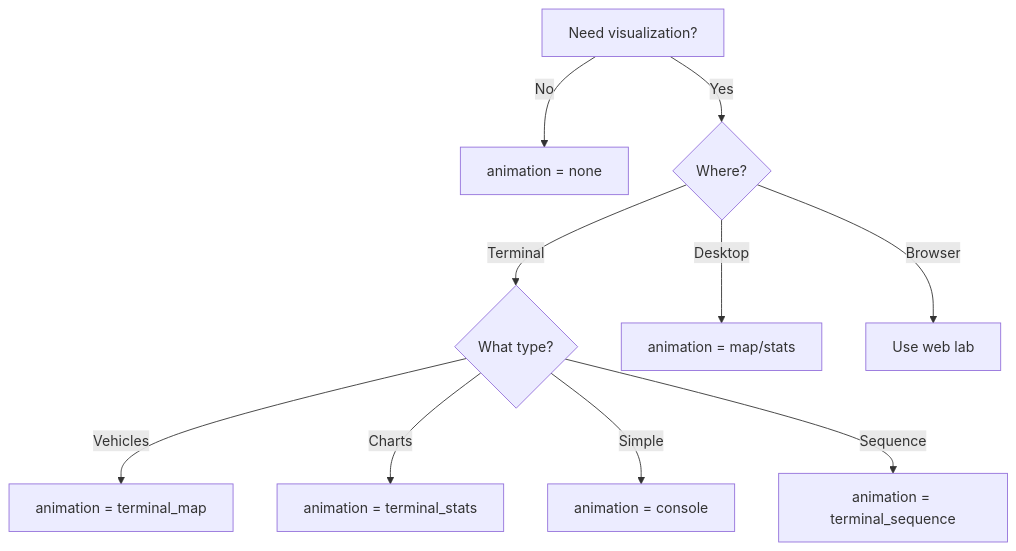
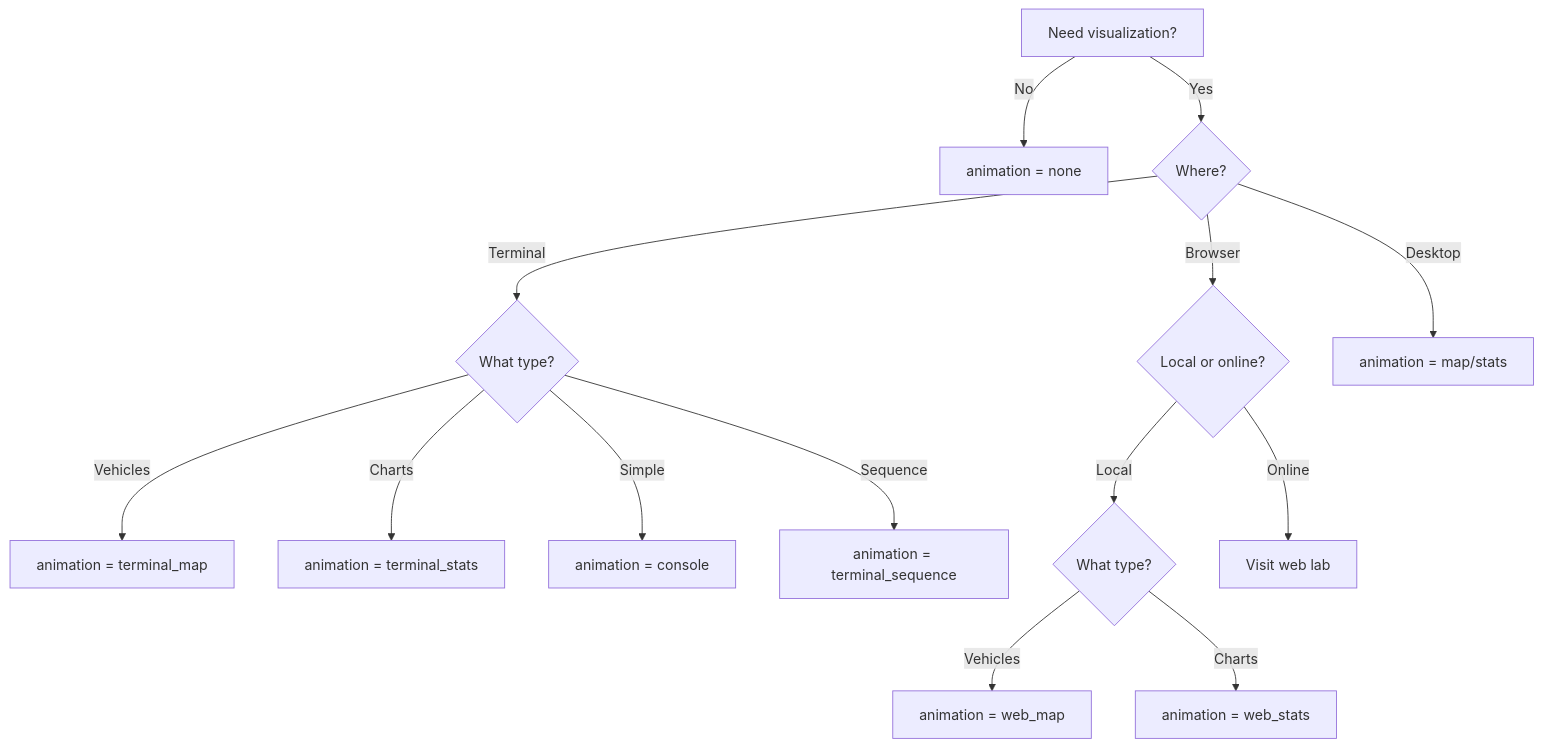
One commit to tomslee/ridehail changed the diagram in docs/animations/overview.md. Above: the diagram before and after it, drawn with Mermaid. The commit also changed other lines of this file and 4 other files, not shown here.

````diff
--- a/docs/animations/overview.md
+++ b/docs/animations/overview.md
@@ -51,12 +64,16 @@
 ```mermaid
 graph TD
     A[Need visualization?] -->|No| B[animation = none]
     A -->|Yes| C{Where?}
     C -->|Terminal| D{What type?}
-    C -->|Desktop| E[animation = map/stats]
-    C -->|Browser| F[Use web lab]
+    C -->|Browser| E{Local or online?}
+    C -->|Desktop| F[animation = map/stats]
     D -->|Vehicles| G[animation = terminal_map]
     D -->|Charts| H[animation = terminal_stats]
     D -->|Simple| I[animation = console]
     D -->|Sequence| J[animation = terminal_sequence]
+    E -->|Local| K{What type?}
+    E -->|Online| L[Visit web lab]
+    K -->|Vehicles| M[animation = web_map]
+    K -->|Charts| N[animation = web_stats]
 ```
````
